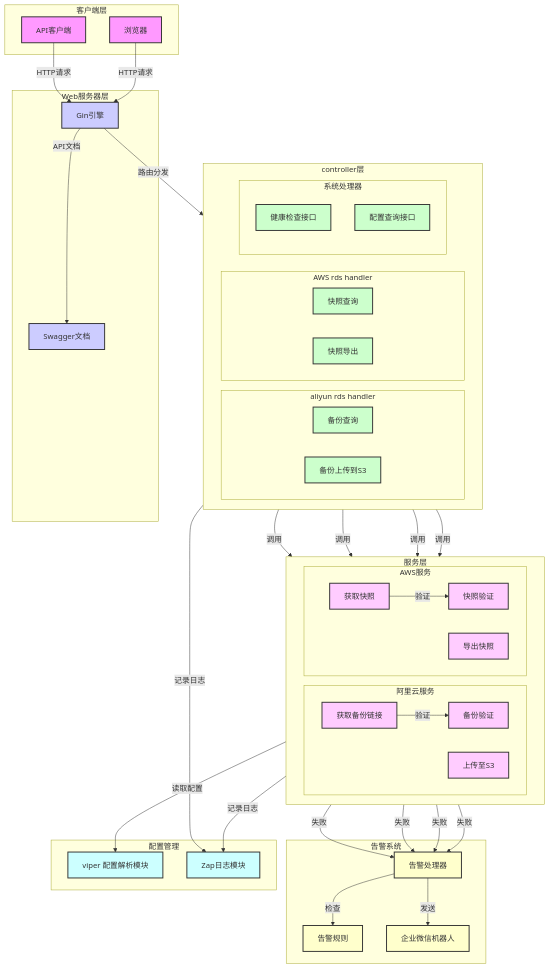
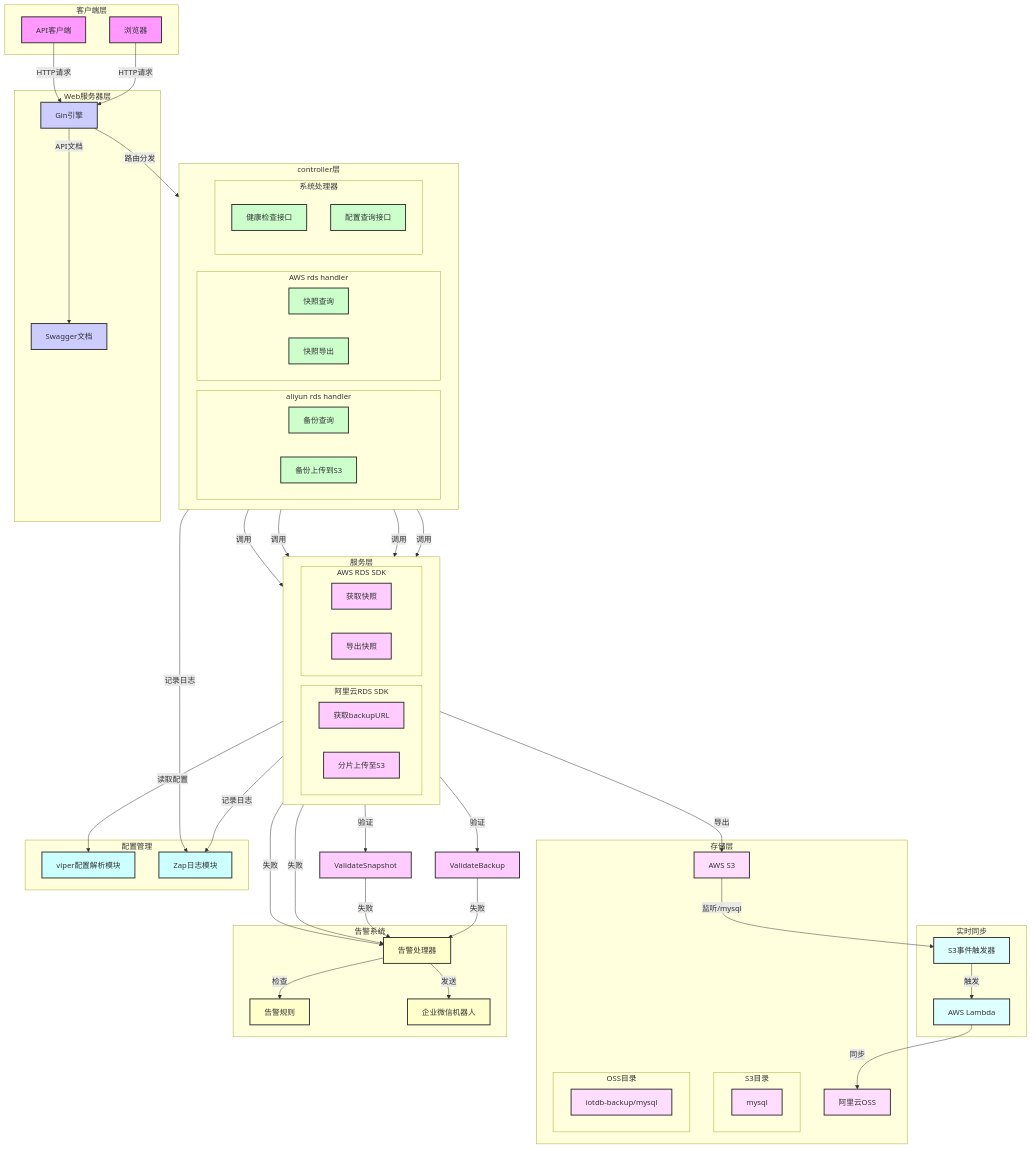
One commit to myysophia/backuprds changed the first of 2 diagrams in ARCH.md. Above: the diagram before and after it, drawn with Mermaid. The commit also changed 2 other files, not shown here.

Commit message:
docs: 修改readme

````diff
--- a/ARCH.md
+++ b/ARCH.md
@@ -5,5 +5,4 @@
 ```mermaid
-
 graph TD
     subgraph Client[客户端层]
         Browser[浏览器]
@@ -33,16 +32,30 @@
 
     subgraph Services[服务层]
         direction LR
-        subgraph AliyunService[阿里云服务]
-            GetBackupURLs[获取备份链接]
-            UploadToS3[上传至S3]
-            ValidateBackup[备份验证]
+        subgraph AliyunService[阿里云RDS SDK]
+            GetBackupURLs[获取backupURL]
+            UploadToS3[分片上传至S3]
         end
-        subgraph AWSService[AWS服务]
+        subgraph AWSService[AWS RDS SDK]
             GetSnapshot[获取快照]
             ExportSnapshot[导出快照]
-            ValidateSnapshot[快照验证]
         end
+    end
+
+    subgraph Storage[存储层]
+        S3[AWS S3]
+        subgraph S3Paths[S3目录]
+            MySQLPath[mysql]
+        end
+        OSS[阿里云OSS]
+        subgraph OSSPaths[OSS目录]
+            IOTDBPath[iotdb-backup/mysql]
+        end
+    end
+
+    subgraph Sync[实时同步]
+        Lambda[AWS Lambda]
+        S3Trigger[S3事件触发器]
     end
 
     subgraph AlertSystem[告警系统]
@@ -52,9 +65,8 @@
     end
 
     subgraph Config[配置管理]
-        ConfigLoader[ viper 配置解析模块 ]
-        Logger[ Zap日志模块 ]
-    
+        ConfigLoader[viper配置解析模块]
+        Logger[Zap日志模块]
     end
 
     Browser -->|HTTP请求| GinEngine
@@ -82,10 +94,17 @@
     Services -->|记录日志| Logger
     Handlers -->|记录日志| Logger
 
+    ExportSnapshot -->|导出| S3
+    S3 -->|监听/mysql| S3Trigger
+    S3Trigger -->|触发| Lambda
+    Lambda -->|同步| OSS
+
     classDef client fill:#f9f,stroke:#333,stroke-width:2px
     classDef server fill:#ccf,stroke:#333,stroke-width:2px
     classDef handler fill:#cfc,stroke:#333,stroke-width:2px
     classDef service fill:#fcf,stroke:#333,stroke-width:2px
+    classDef storage fill:#fdf,stroke:#333,stroke-width:2px
+    classDef sync fill:#dff,stroke:#333,stroke-width:2px
     classDef alert fill:#ffc,stroke:#333,stroke-width:2px
     classDef config fill:#cff,stroke:#333,stroke-width:2px
     
@@ -93,6 +112,9 @@
     class GinEngine,Swagger server
     class AliBackupHandler,AliExportHandler,AwsBackupHandler,AwsExportHandler,HealthHandler,ConfigHandler handler
     class GetBackupURLs,UploadToS3,GetSnapshot,ExportSnapshot,ValidateBackup,ValidateSnapshot service
+    class S3,OSS,MySQLPath,IOTDBPath storage
+    class Lambda,S3Trigger sync
     class AlertHandler,AlertRules,WeworkBot alert
     class ConfigLoader,Logger config
+
 ```
````
